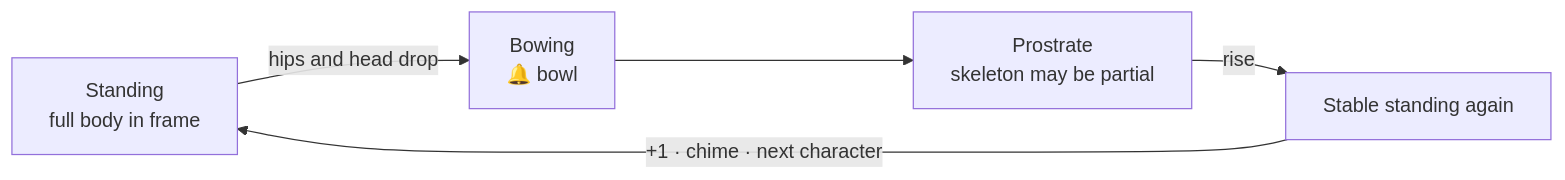
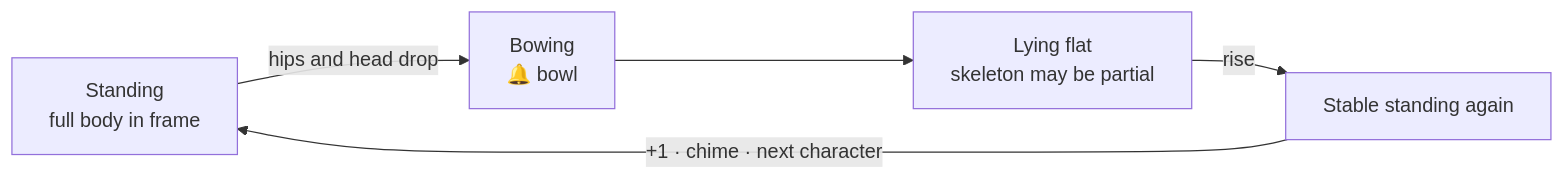
The diagram in README.en.md (freefov-maxwell/prostration-counter), drawn with Mermaid before and after one commit. The commit also changed other lines of this file and 26 other files, not shown here.

````diff
--- a/README.en.md
+++ b/README.en.md
@@ -124,7 +126,7 @@
 ```mermaid
 flowchart LR
     A[Standing<br/>full body in frame] -->|hips and head drop| B[Bowing<br/>🔔 bowl]
-    B --> C[Prostrate<br/>skeleton may be partial]
+    B --> C[Lying flat<br/>skeleton may be partial]
     C -->|rise| D[Stable standing again]
     D -->|"+1 · chime · next character"| A
 ```
````
